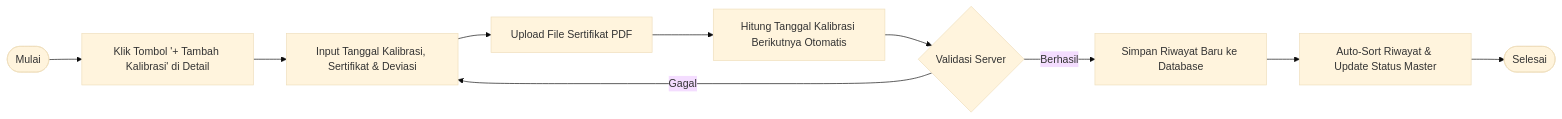
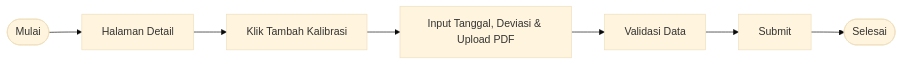
The seventh of 9 diagrams in bpm_workflow_level_list.md (ebenlimbong/pmn-kalibrasi), drawn with Mermaid (base theme) before and after one commit. The commit also changed other lines of this file and 1 other file, not shown here.

````diff
--- a/bpm_workflow_level_list.md
+++ b/bpm_workflow_level_list.md
@@ -158,12 +113,4 @@
 ```mermaid
 flowchart LR
-    A([Mulai]) --> B[Klik Tombol '+ Tambah Kalibrasi' di Detail]
-    B --> C[Input Tanggal Kalibrasi, Sertifikat & Deviasi]
-    C --> D[Upload File Sertifikat PDF]
-    D --> E[Hitung Tanggal Kalibrasi Berikutnya Otomatis]
-    E --> F{Validasi Server}
-    F -->|Gagal| C
-    F -->|Berhasil| G[Simpan Riwayat Baru ke Database]
-    G --> H[Auto-Sort Riwayat & Update Status Master]
-    H --> I([Selesai])
+    A([Mulai]) --> B[Halaman Detail] --> C[Klik Tambah Kalibrasi] --> D[Input Tanggal, Deviasi & Upload PDF] --> E[Validasi Data] --> F[Submit] --> G([Selesai])
 ```
````
